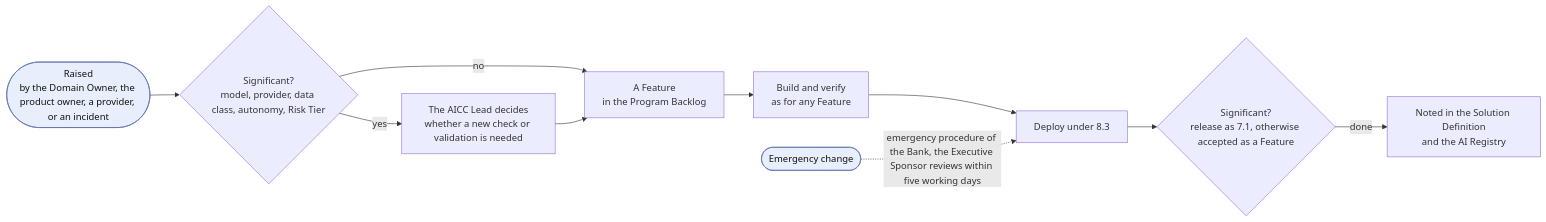
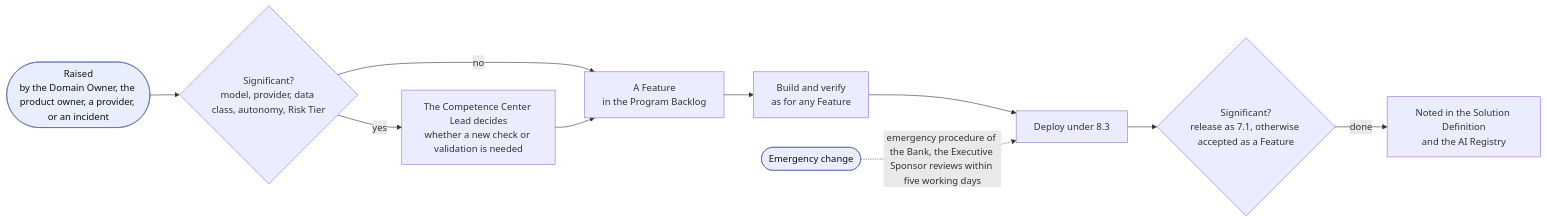
Before and after one commit to devhogu/ob-aicc: diagram 13 of 13 in charter/en/documents/solution-lifecycle-model.md, drawn with Mermaid. The commit also changed other lines of this file and 1149 other files, not shown here.

First line of the commit message:
The name Competence Center: AICC stays only as a code (DR-2026-066)

````diff
--- a/charter/en/documents/solution-lifecycle-model.md
+++ b/charter/en/documents/solution-lifecycle-model.md
@@ -472,13 +472,13 @@
 ```mermaid
 flowchart LR
   RS(["Raised<br/>by the Domain Owner, the product owner, a provider, or an incident"]):::iface --> CLS{"Significant?<br/>model, provider, data class, autonomy, Risk Tier"}
   CLS -->|no| FT["A Feature<br/>in the Program Backlog"]
-  CLS -->|yes| DC["The AICC Lead decides<br/>whether a new check or validation is needed"]
+  CLS -->|yes| DC["The Competence Center Lead decides<br/>whether a new check or validation is needed"]
   DC --> FT
   FT --> BV["Build and verify<br/>as for any Feature"]
   BV --> DPL["Deploy under 8.3"]
   DPL --> RLS{"Significant?<br/>release as 7.1, otherwise accepted as a Feature"}
   RLS -->|done| NT["Noted in the Solution Definition<br/>and the AI Registry"]
   EM(["Emergency change"]):::iface -.emergency procedure of the Bank, the Executive Sponsor reviews within five working days.-> DPL
   classDef iface fill:#e8eefc,stroke:#5a6fa8,color:#111
 ```
````
